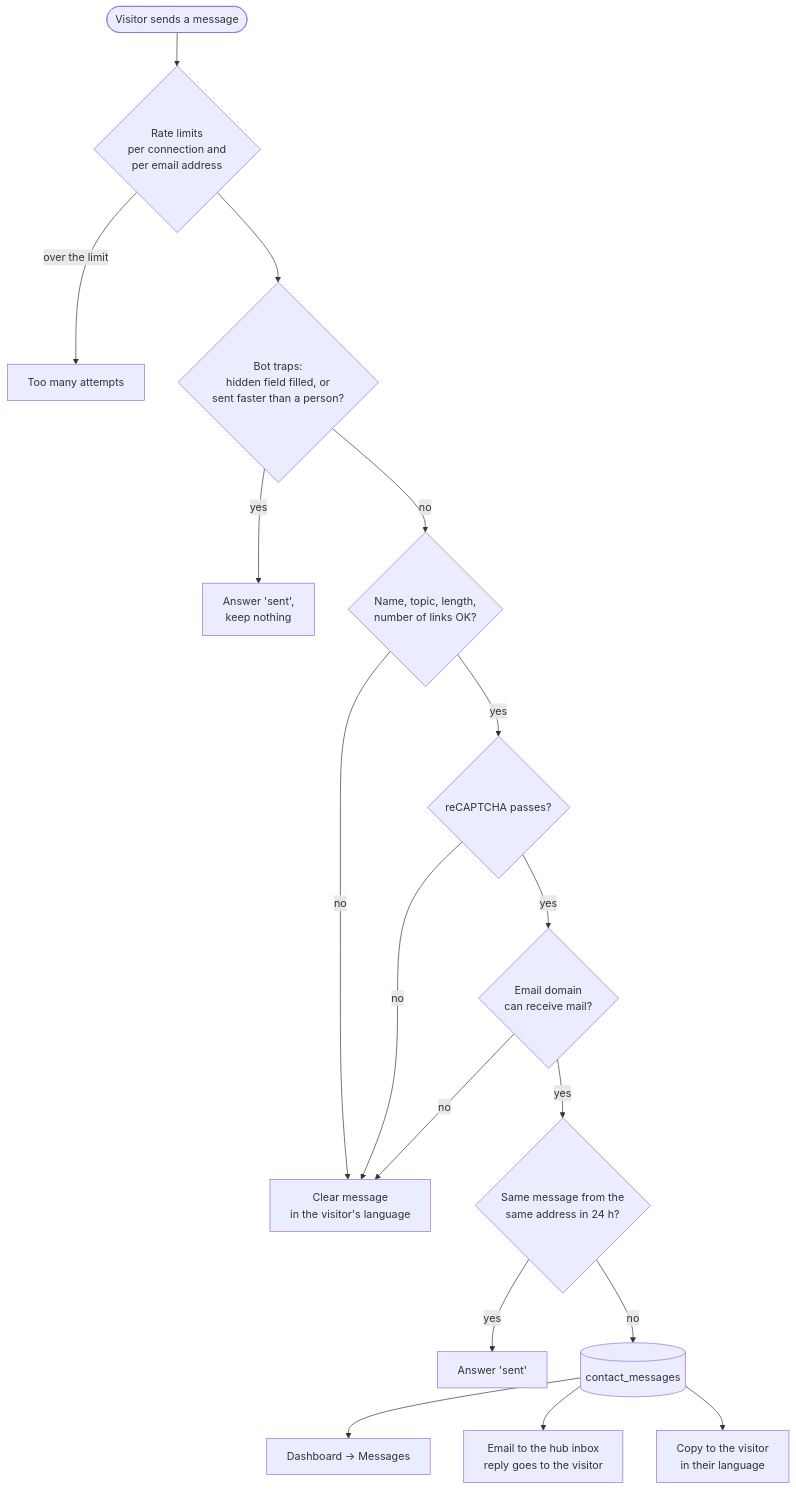
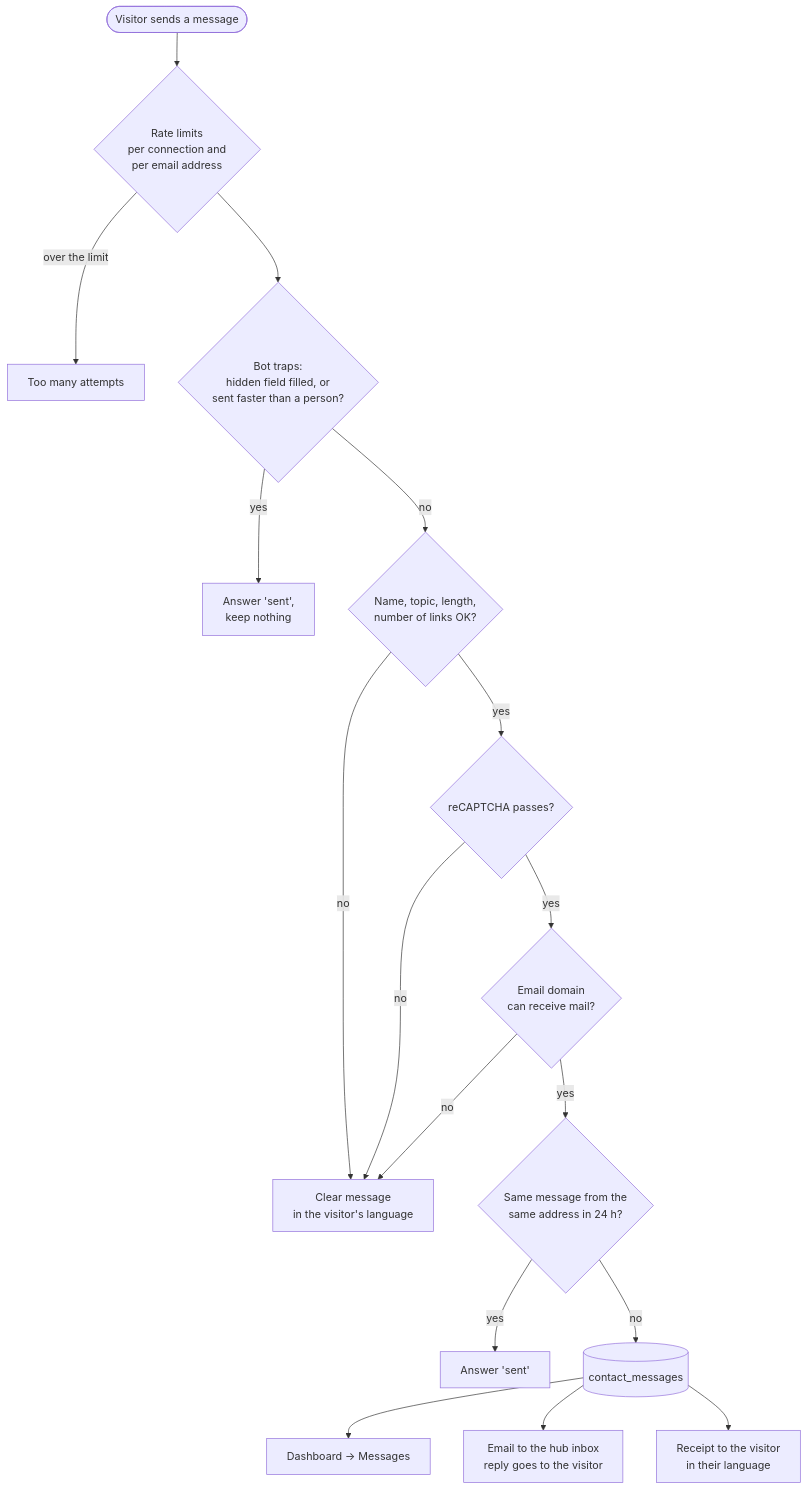
One commit to The-Dark-Ranger/Jeddah-Hub changed the eighth of 12 diagrams in docs/HOW-IT-WORKS.md. Above: the diagram before and after it, drawn with Mermaid. The commit also changed other lines of this file and 147 other files, not shown here.

````diff
--- a/docs/HOW-IT-WORKS.md
+++ b/docs/HOW-IT-WORKS.md
@@ -306,19 +311,19 @@
 ```mermaid
 flowchart TD
     V([Visitor sends a message]) --> RL{Rate limits<br/>per connection and<br/>per email address}
     RL -->|over the limit| E429[Too many attempts]
     RL --> TR{Bot traps:<br/>hidden field filled, or<br/>sent faster than a person?}
     TR -->|yes| FAKE[Answer 'sent',<br/>keep nothing]
     TR -->|no| CK{Name, topic, length,<br/>number of links OK?}
     CK -->|no| E400[Clear message<br/>in the visitor's language]
     CK -->|yes| RC{reCAPTCHA passes?}
     RC -->|no| E400
     RC -->|yes| MX{Email domain<br/>can receive mail?}
     MX -->|no| E400
     MX -->|yes| DUP{Same message from the<br/>same address in 24 h?}
     DUP -->|yes| OK[Answer 'sent']
     DUP -->|no| SAVE[(contact_messages)]
     SAVE --> MSG[Dashboard → Messages]
     SAVE --> HUB[Email to the hub inbox<br/>reply goes to the visitor]
-    SAVE --> COPY[Copy to the visitor<br/>in their language]
+    SAVE --> COPY[Receipt to the visitor<br/>in their language]
 ```
````
